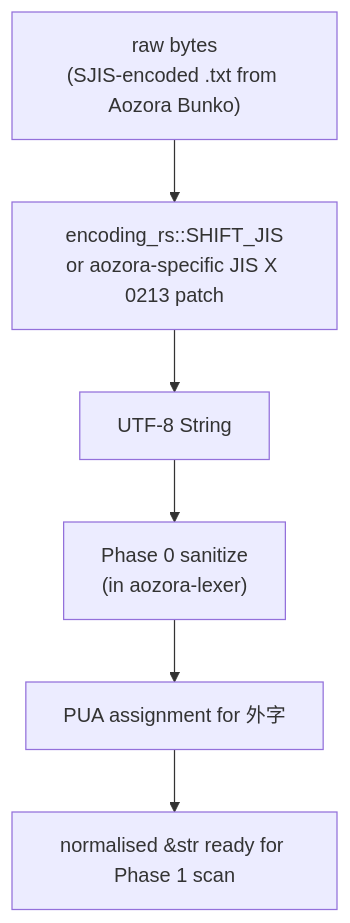
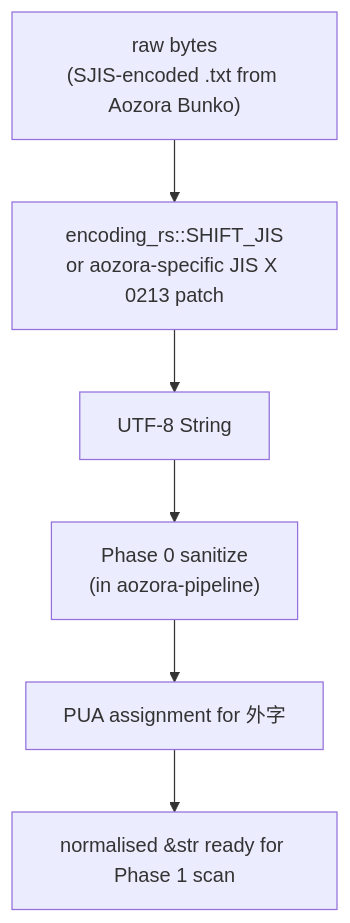
One commit to P4suta/aozora changed the diagram in crates/aozora-book/src/arch/encoding.md. Above: the diagram before and after it, drawn with Mermaid. The commit also changed other lines of this file and 116 other files, not shown here.

````diff
--- a/crates/aozora-book/src/arch/encoding.md
+++ b/crates/aozora-book/src/arch/encoding.md
@@ -16,11 +16,11 @@
 ```mermaid
 flowchart TD
     raw["raw bytes<br/>(SJIS-encoded .txt from Aozora Bunko)"]
     sjis["encoding_rs::SHIFT_JIS<br/>or aozora-specific JIS X 0213 patch"]
     utf8["UTF-8 String"]
-    sanitize["Phase 0 sanitize<br/>(in aozora-lexer)"]
+    sanitize["Phase 0 sanitize<br/>(in aozora-pipeline)"]
     pua["PUA assignment for 外字"]
     classified["normalised &str ready for Phase 1 scan"]
 
     raw --> sjis --> utf8 --> sanitize --> pua --> classified
 ```
````
